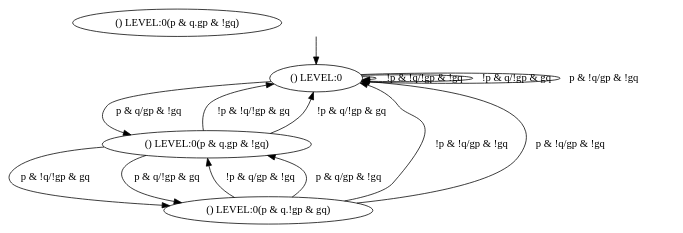
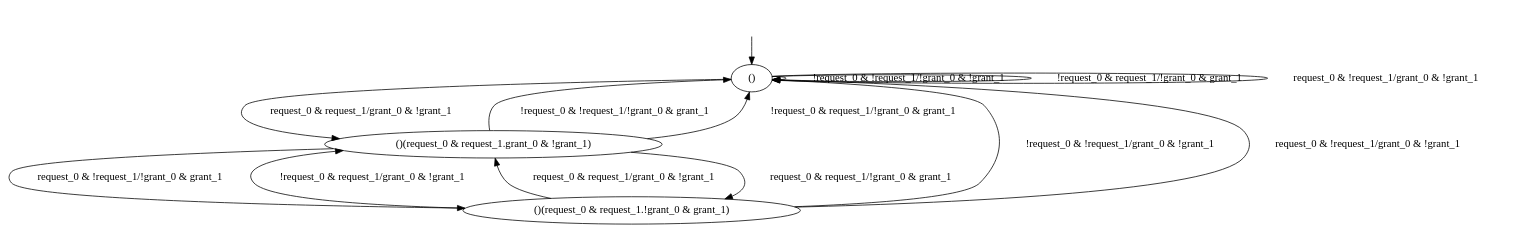
One commit to mrudu/synth-learn changed the diagram in examples/ArbitersTwoProcess/example3.dot. Above: the diagram before and after it, drawn with Graphviz. The commit also changed 4 other files, not shown here.

```diff
--- a/examples/ArbitersTwoProcess/example3.dot
+++ b/examples/ArbitersTwoProcess/example3.dot
@@ -1,19 +1,19 @@
 digraph "examples/ArbitersTwoProcess/example3" {
-"() LEVEL" [label="() LEVEL:0"];
-"() LEVEL" [label="() LEVEL:0(p & q.!gp & gq)"];
-"() LEVEL" [label="() LEVEL:0(p & q.gp & !gq)"];
-"() LEVEL:0" -> "() LEVEL:0"  [label="!p & !q/!gp & !gq"];
-"() LEVEL:0" -> "() LEVEL:0"  [label="!p & q/!gp & gq"];
-"() LEVEL:0" -> "() LEVEL:0"  [label="p & !q/gp & !gq"];
-"() LEVEL:0" -> "() LEVEL:0(p & q.gp & !gq)"  [label="p & q/gp & !gq"];
-"() LEVEL:0(p & q.!gp & gq)" -> "() LEVEL:0"  [label="!p & !q/gp & !gq"];
-"() LEVEL:0(p & q.!gp & gq)" -> "() LEVEL:0(p & q.gp & !gq)"  [label="!p & q/gp & !gq"];
-"() LEVEL:0(p & q.!gp & gq)" -> "() LEVEL:0"  [label="p & !q/gp & !gq"];
-"() LEVEL:0(p & q.!gp & gq)" -> "() LEVEL:0(p & q.gp & !gq)"  [label="p & q/gp & !gq"];
-"() LEVEL:0(p & q.gp & !gq)" -> "() LEVEL:0"  [label="!p & !q/!gp & gq"];
-"() LEVEL:0(p & q.gp & !gq)" -> "() LEVEL:0"  [label="!p & q/!gp & gq"];
-"() LEVEL:0(p & q.gp & !gq)" -> "() LEVEL:0(p & q.!gp & gq)"  [label="p & !q/!gp & gq"];
-"() LEVEL:0(p & q.gp & !gq)" -> "() LEVEL:0(p & q.!gp & gq)"  [label="p & q/!gp & gq"];
+"()" [label="()"];
+"()(request_0 & request_1.!grant_0 & grant_1)" [label="()(request_0 & request_1.!grant_0 & grant_1)"];
+"()(request_0 & request_1.grant_0 & !grant_1)" [label="()(request_0 & request_1.grant_0 & !grant_1)"];
+"()" -> "()"  [label="!request_0 & !request_1/!grant_0 & !grant_1"];
+"()" -> "()"  [label="!request_0 & request_1/!grant_0 & grant_1"];
+"()" -> "()"  [label="request_0 & !request_1/grant_0 & !grant_1"];
+"()" -> "()(request_0 & request_1.grant_0 & !grant_1)"  [label="request_0 & request_1/grant_0 & !grant_1"];
+"()(request_0 & request_1.!grant_0 & grant_1)" -> "()"  [label="!request_0 & !request_1/grant_0 & !grant_1"];
+"()(request_0 & request_1.!grant_0 & grant_1)" -> "()(request_0 & request_1.grant_0 & !grant_1)"  [label="!request_0 & request_1/grant_0 & !grant_1"];
+"()(request_0 & request_1.!grant_0 & grant_1)" -> "()"  [label="request_0 & !request_1/grant_0 & !grant_1"];
+"()(request_0 & request_1.!grant_0 & grant_1)" -> "()(request_0 & request_1.grant_0 & !grant_1)"  [label="request_0 & request_1/grant_0 & !grant_1"];
+"()(request_0 & request_1.grant_0 & !grant_1)" -> "()"  [label="!request_0 & !request_1/!grant_0 & grant_1"];
+"()(request_0 & request_1.grant_0 & !grant_1)" -> "()"  [label="!request_0 & request_1/!grant_0 & grant_1"];
+"()(request_0 & request_1.grant_0 & !grant_1)" -> "()(request_0 & request_1.!grant_0 & grant_1)"  [label="request_0 & !request_1/!grant_0 & grant_1"];
+"()(request_0 & request_1.grant_0 & !grant_1)" -> "()(request_0 & request_1.!grant_0 & grant_1)"  [label="request_0 & request_1/!grant_0 & grant_1"];
 __start0 [label="", shape=none];
-__start0 -> "() LEVEL:0"  [label=""];
+__start0 -> "()"  [label=""];
 }
```
